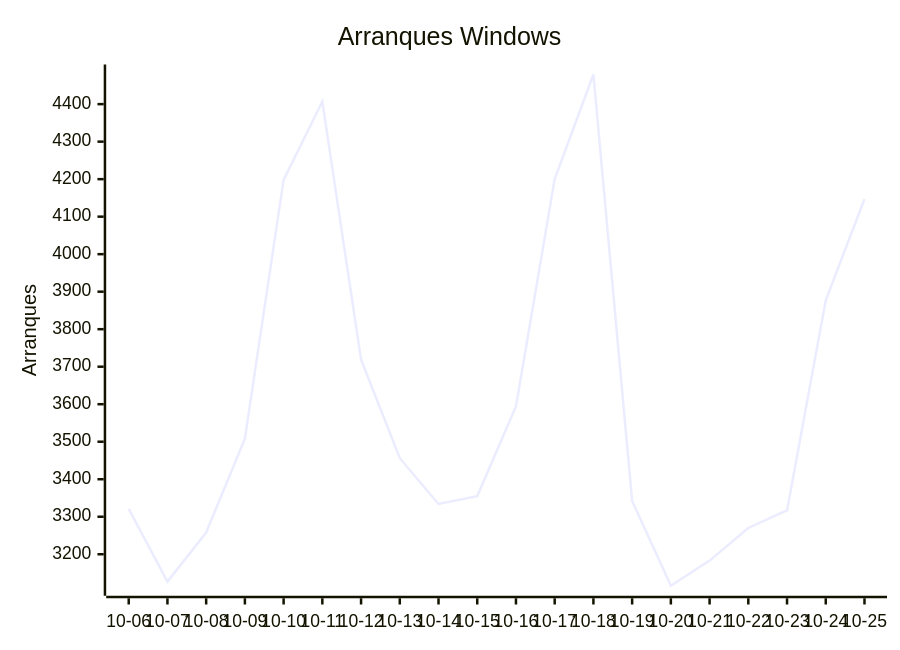
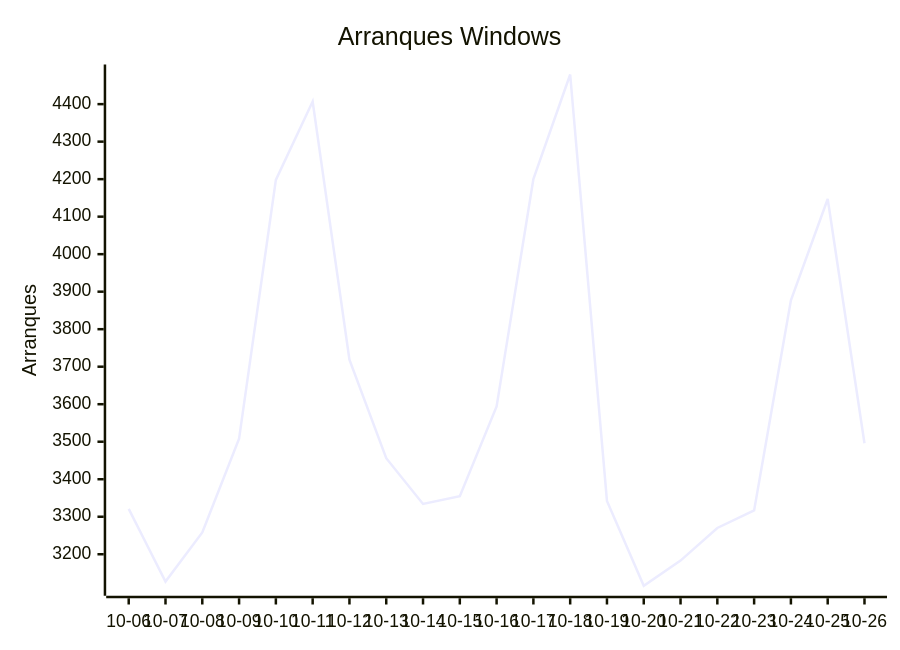
The third of 9 diagrams in README.md (EmuDeck/stats), drawn with Mermaid before and after one commit. The commit also changed other lines of this file and 2 other files, not shown here.

````diff
--- a/README.md
+++ b/README.md
@@ -34,7 +34,7 @@
 ```mermaid
 xychart-beta
     title "Arranques Windows"
-    x-axis ["10-06", "10-07", "10-08", "10-09", "10-10", "10-11", "10-12", "10-13", "10-14", "10-15", "10-16", "10-17", "10-18", "10-19", "10-20", "10-21", "10-22", "10-23", "10-24", "10-25"]
+    x-axis ["10-06", "10-07", "10-08", "10-09", "10-10", "10-11", "10-12", "10-13", "10-14", "10-15", "10-16", "10-17", "10-18", "10-19", "10-20", "10-21", "10-22", "10-23", "10-24", "10-25", "10-26"]
     y-axis "Arranques"
-    line [3321, 3127, 3258, 3508, 4198, 4407, 3719, 3456, 3334, 3355, 3594, 4200, 4479, 3342, 3116, 3183, 3270, 3317, 3877, 4147]
+    line [3321, 3127, 3258, 3508, 4198, 4407, 3719, 3456, 3334, 3355, 3594, 4200, 4479, 3342, 3116, 3183, 3270, 3317, 3877, 4147, 3496]
 ```
````
